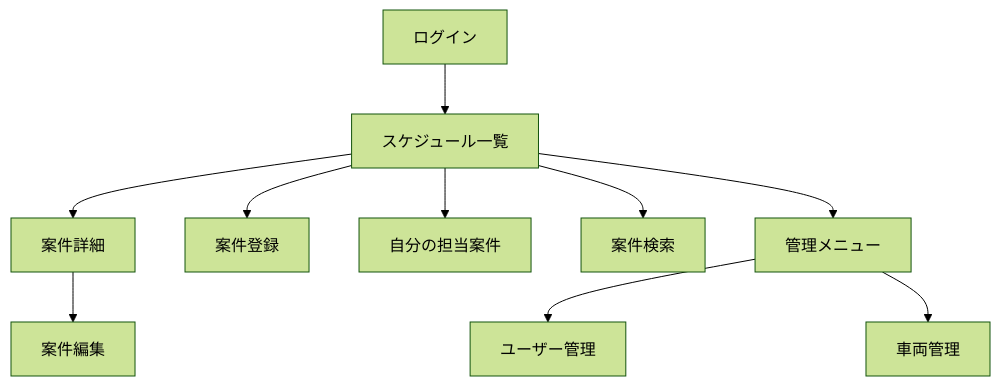
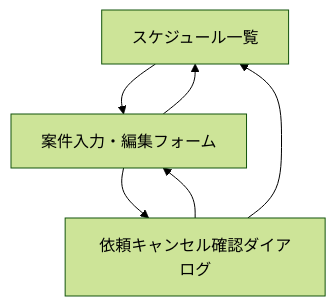
The diagram in docs/screen-list.md (yuya-dev-dev/schedule-system), drawn with Mermaid (forest theme) before and after one commit. The commit also changed other lines of this file and 7 other files, not shown here.

````diff
--- a/docs/screen-list.md
+++ b/docs/screen-list.md
@@ -126,12 +89,8 @@
 ```mermaid
 flowchart TD
-    A["ログイン"] --> B["スケジュール一覧"]
-    B --> C["案件詳細"]
-    B --> D["案件登録"]
-    C --> E["案件編集"]
-    B --> F["自分の担当案件"]
-    B --> G["案件検索"]
-    B --> H["管理メニュー"]
-    H --> I["ユーザー管理"]
-    H --> J["車両管理"]
+    A["スケジュール一覧"] --> B["案件入力・編集フォーム"]
+    B --> A
+    B --> C["依頼キャンセル確認ダイアログ"]
+    C --> B
+    C --> A
 ```
````
